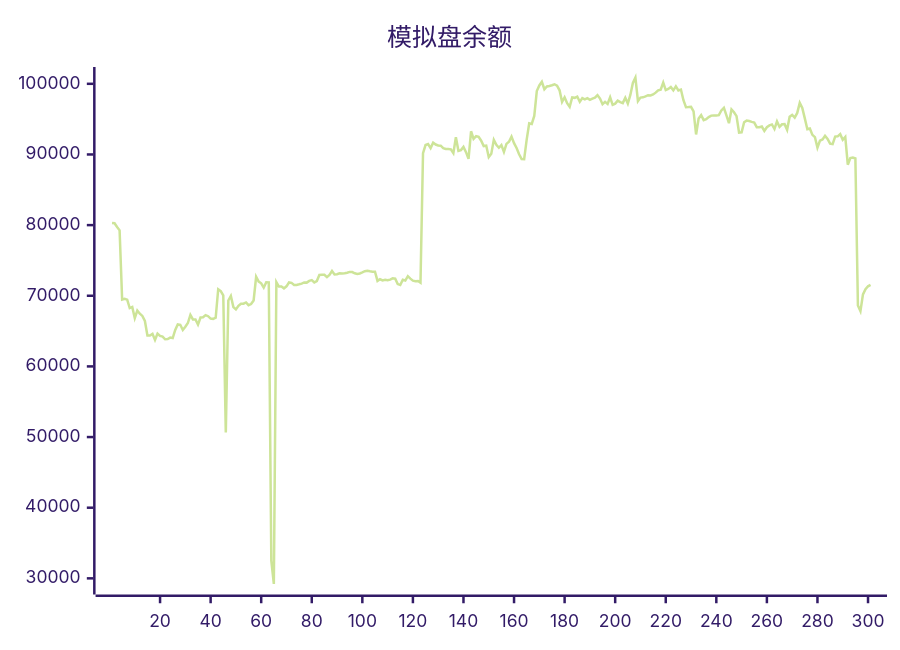
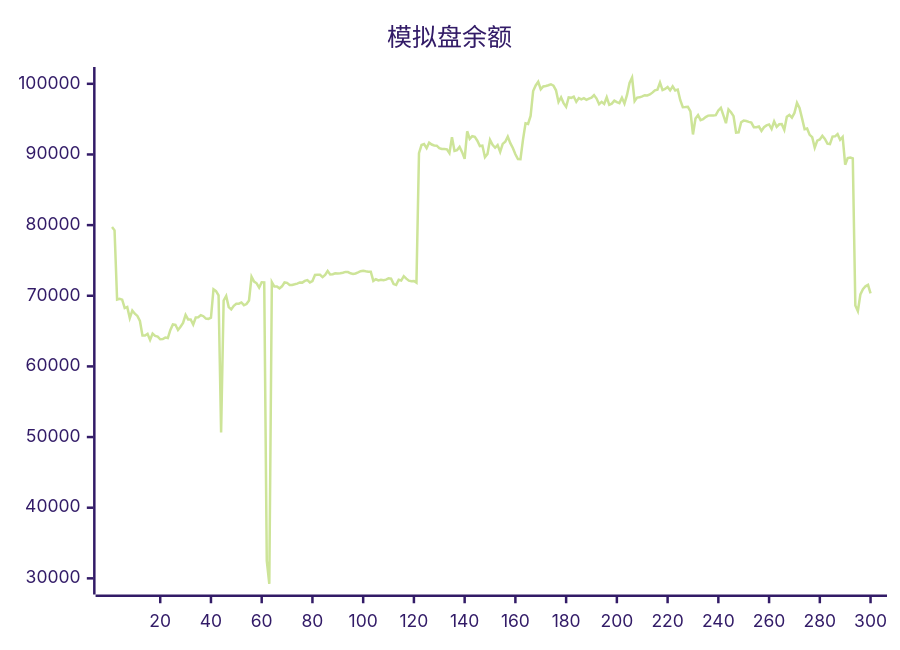
The diagram in README.md (aahl/ai-trading), drawn with Mermaid (forest theme) before and after one commit. The commit also changed other lines of this file and 1 other file, not shown here.

````diff
--- a/README.md
+++ b/README.md
@@ -5,5 +5,5 @@
 ```mermaid
 xychart
     title "模拟盘余额"
-    line [80291,80258,79729,79261,69466,69579,69456,68251,68415,66832,67911,67462,67144,66432,64380,64375,64606,63741,64647,64324,64216,63842,63877,64079,64008,65156,65945,65888,65157,65625,66144,67284,66653,66639,65924,66925,66956,67263,67108,66766,66729,66886,70927,70673,70049,50652,69334,69973,68400,68061,68578,68877,68879,69055,68662,68822,69329,72687,71999,71760,71163,71911,71896,32500,29218,71927,71297,71305,71044,71337,71883,71822,71536,71536,71622,71723,71880,71860,72100,72216,71887,72077,72940,72976,72966,72638,72948,73497,73004,73041,73173,73160,73187,73258,73375,73351,73173,73098,73161,73305,73474,73536,73457,73413,73412,72100,72333,72164,72272,72204,72285,72461,72421,71652,71521,72267,72157,72774,72425,72144,72060,72091,71858,90185,91338,91466,90900,91678,91404,91268,91244,90903,90779,90787,90721,90187,92429,90518,90619,91070,90328,89376,93286,92202,92581,92485,91947,91196,91259,89619,90086,92063,91355,90950,91327,90373,91498,91800,92531,91603,90910,90031,89351,89334,92097,94406,94315,95455,98972,99763,100286,99229,99622,99701,99805,99938,99738,99082,97430,98094,97267,96741,98081,98013,98194,97447,97983,97789,97969,97729,97911,98043,98405,97912,97120,97448,97154,98095,97021,97191,97616,97402,97263,98035,97210,98424,100121,100876,97552,98049,98085,98228,98388,98342,98488,98750,99086,99181,100188,99107,99272,99553,99072,99636,99061,99186,97674,96679,96704,96743,96096,92830,95088,95560,94866,94995,95295,95497,95531,95527,95559,96236,96597,95538,94422,96363,95972,95418,93095,93128,94558,94795,94727,94611,94508,93857,93852,93955,93340,93862,94112,94249,93603,94682,93898,94267,94288,93490,95337,95601,95226,95879,97301,96573,95113,93569,93681,92773,92453,90953,91954,92130,92637,92209,91536,91462,92532,92562,92875,92086,92488,88547,89491,89563,89429,68632,67833,70192,70919,71340,71543]
+    line [79729,79261,69466,69579,69456,68251,68415,66832,67911,67462,67144,66432,64380,64375,64606,63741,64647,64324,64216,63842,63877,64079,64008,65156,65945,65888,65157,65625,66144,67284,66653,66639,65924,66925,66956,67263,67108,66766,66729,66886,70927,70673,70049,50652,69334,69973,68400,68061,68578,68877,68879,69055,68662,68822,69329,72687,71999,71760,71163,71911,71896,32500,29218,71927,71297,71305,71044,71337,71883,71822,71536,71536,71622,71723,71880,71860,72100,72216,71887,72077,72940,72976,72966,72638,72948,73497,73004,73041,73173,73160,73187,73258,73375,73351,73173,73098,73161,73305,73474,73536,73457,73413,73412,72100,72333,72164,72272,72204,72285,72461,72421,71652,71521,72267,72157,72774,72425,72144,72060,72091,71858,90185,91338,91466,90900,91678,91404,91268,91244,90903,90779,90787,90721,90187,92429,90518,90619,91070,90328,89376,93286,92202,92581,92485,91947,91196,91259,89619,90086,92063,91355,90950,91327,90373,91498,91800,92531,91603,90910,90031,89351,89334,92097,94406,94315,95455,98972,99763,100286,99229,99622,99701,99805,99938,99738,99082,97430,98094,97267,96741,98081,98013,98194,97447,97983,97789,97969,97729,97911,98043,98405,97912,97120,97448,97154,98095,97021,97191,97616,97402,97263,98035,97210,98424,100121,100876,97552,98049,98085,98228,98388,98342,98488,98750,99086,99181,100188,99107,99272,99553,99072,99636,99061,99186,97674,96679,96704,96743,96096,92830,95088,95560,94866,94995,95295,95497,95531,95527,95559,96236,96597,95538,94422,96363,95972,95418,93095,93128,94558,94795,94727,94611,94508,93857,93852,93955,93340,93862,94112,94249,93603,94682,93898,94267,94288,93490,95337,95601,95226,95879,97301,96573,95113,93569,93681,92773,92453,90953,91954,92130,92637,92209,91536,91462,92532,92562,92875,92086,92488,88547,89491,89563,89429,68632,67833,70192,70919,71340,71543,70351]
 ```
````
